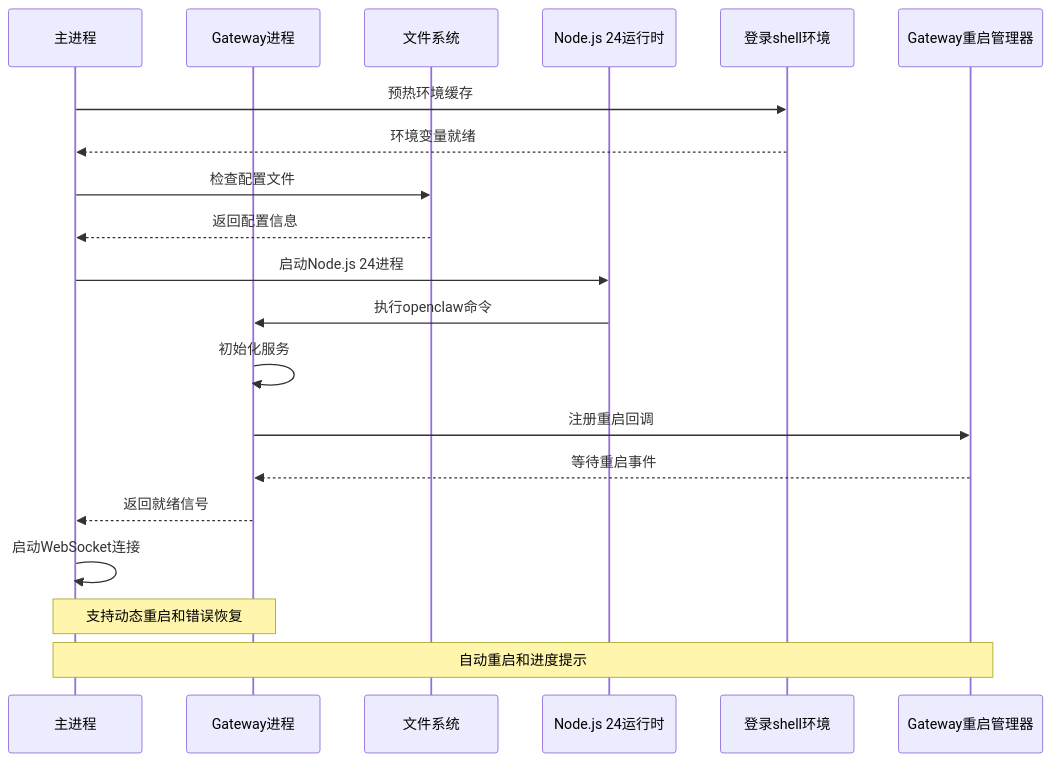
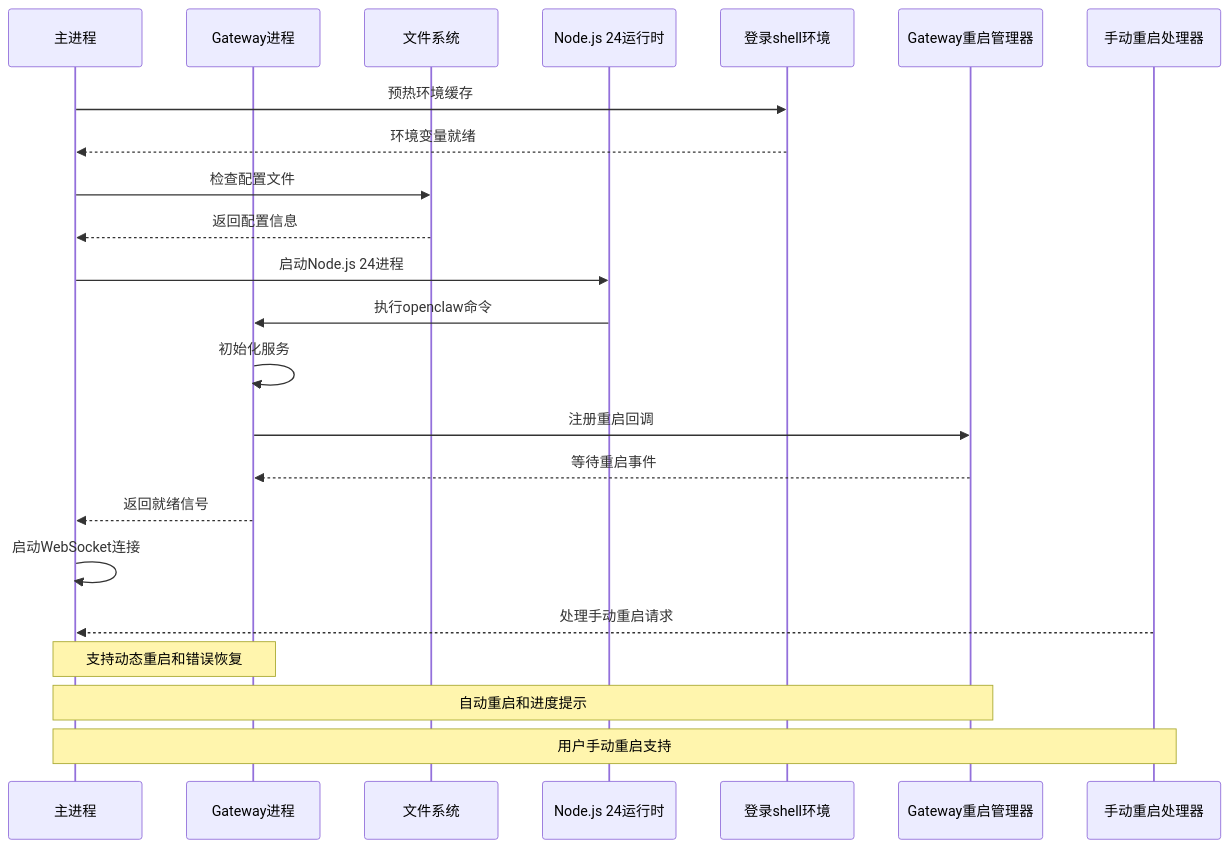
Before and after one commit to verse-ai-org/openclaw: the sixth of 57 diagrams in .qoder/repowiki/zh/content/核心概念/Electron应用增强.md, drawn with Mermaid. The commit also changed other lines of this file and 19 other files, not shown here.

````diff
--- a/.qoder/repowiki/zh/content/核心概念/Electron应用增强.md
+++ b/.qoder/repowiki/zh/content/核心概念/Electron应用增强.md
@@ -705,22 +885,25 @@
 ```mermaid
 sequenceDiagram
 participant Main as 主进程
 participant Gateway as Gateway进程
 participant FS as 文件系统
 participant NodeRuntime as Node.js 24运行时
 participant ShellEnv as 登录shell环境
 participant RestartManager as Gateway重启管理器
+participant ManualRestartHandler as 手动重启处理器
 Main->>ShellEnv : 预热环境缓存
 ShellEnv-->>Main : 环境变量就绪
 Main->>FS : 检查配置文件
 FS-->>Main : 返回配置信息
 Main->>NodeRuntime : 启动Node.js 24进程
 NodeRuntime->>Gateway : 执行openclaw命令
 Gateway->>Gateway : 初始化服务
 Gateway->>RestartManager : 注册重启回调
 RestartManager-->>Gateway : 等待重启事件
 Gateway-->>Main : 返回就绪信号
 Main->>Main : 启动WebSocket连接
+ManualRestartHandler-->>Main : 处理手动重启请求
 Note over Main,Gateway : 支持动态重启和错误恢复
 Note over Main,RestartManager : 自动重启和进度提示
+Note over Main,ManualRestartHandler : 用户手动重启支持
 ```
````
